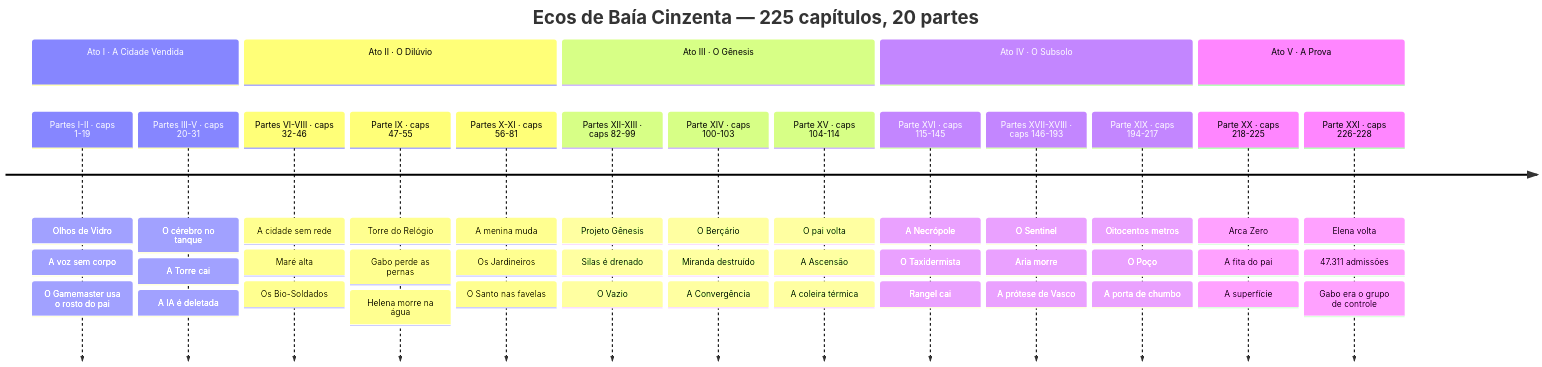
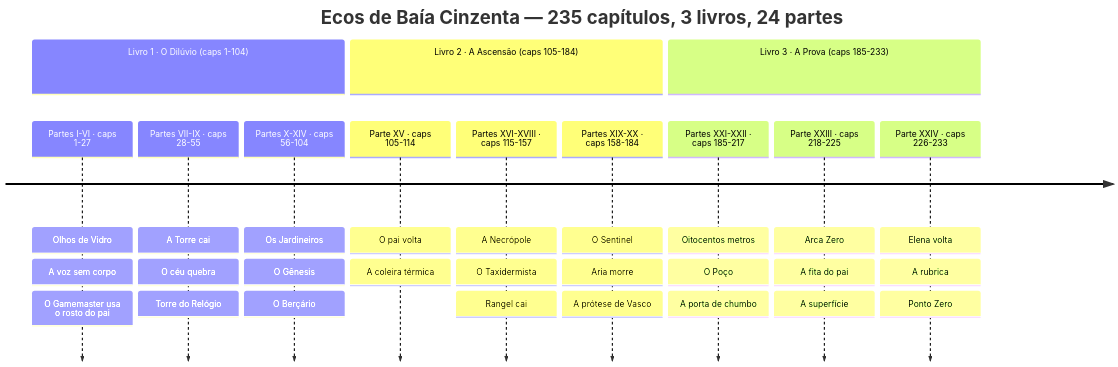
One commit to juninmd/ecos-de-baia-cinzenta changed the first of 4 diagrams in docs/arcos.md. Above: the diagram before and after it, drawn with Mermaid. The commit also changed other lines of this file and 1 other file, not shown here.

First line of the commit message:
refactor(estrutura): tres livros, vinte e quatro partes, e um so mapa da obra

````diff
--- a/docs/arcos.md
+++ b/docs/arcos.md
@@ -14,22 +16,16 @@
 ```mermaid
 timeline
-    title Ecos de Baía Cinzenta — 225 capítulos, 20 partes
-    section Ato I · A Cidade Vendida
-        Partes I-II · caps 1-19 : Olhos de Vidro : A voz sem corpo : O Gamemaster usa o rosto do pai
-        Partes III-V · caps 20-31 : O cérebro no tanque : A Torre cai : A IA é deletada
-    section Ato II · O Dilúvio
-        Partes VI-VIII · caps 32-46 : A cidade sem rede : Maré alta : Os Bio-Soldados
-        Parte IX · caps 47-55 : Torre do Relógio : Gabo perde as pernas : Helena morre na água
-        Partes X-XI · caps 56-81 : A menina muda : Os Jardineiros : O Santo nas favelas
-    section Ato III · O Gênesis
-        Partes XII-XIII · caps 82-99 : Projeto Gênesis : Silas é drenado : O Vazio
-        Parte XIV · caps 100-103 : O Berçário : Miranda destruído : A Convergência
-        Parte XV · caps 104-114 : O pai volta : A Ascensão : A coleira térmica
-    section Ato IV · O Subsolo
-        Parte XVI · caps 115-145 : A Necrópole : O Taxidermista : Rangel cai
-        Partes XVII-XVIII · caps 146-193 : O Sentinel : Aria morre : A prótese de Vasco
-        Parte XIX · caps 194-217 : Oitocentos metros : O Poço : A porta de chumbo
-    section Ato V · A Prova
-        Parte XX · caps 218-225 : Arca Zero : A fita do pai : A superfície
-        Parte XXI · caps 226-228 : Elena volta : 47.311 admissões : Gabo era o grupo de controle
+    title Ecos de Baía Cinzenta — 235 capítulos, 3 livros, 24 partes
+    section Livro 1 · O Dilúvio (caps 1-104)
+        Partes I-VI · caps 1-27 : Olhos de Vidro : A voz sem corpo : O Gamemaster usa o rosto do pai
+        Partes VII-IX · caps 28-55 : A Torre cai : O céu quebra : Torre do Relógio
+        Partes X-XIV · caps 56-104 : Os Jardineiros : O Gênesis : O Berçário
+    section Livro 2 · A Ascensão (caps 105-184)
+        Parte XV · caps 105-114 : O pai volta : A coleira térmica
+        Partes XVI-XVIII · caps 115-157 : A Necrópole : O Taxidermista : Rangel cai
+        Partes XIX-XX · caps 158-184 : O Sentinel : Aria morre : A prótese de Vasco
+    section Livro 3 · A Prova (caps 185-233)
+        Partes XXI-XXII · caps 185-217 : Oitocentos metros : O Poço : A porta de chumbo
+        Parte XXIII · caps 218-225 : Arca Zero : A fita do pai : A superfície
+        Parte XXIV · caps 226-233 : Elena volta : A rubrica : Ponto Zero
 ```
````
